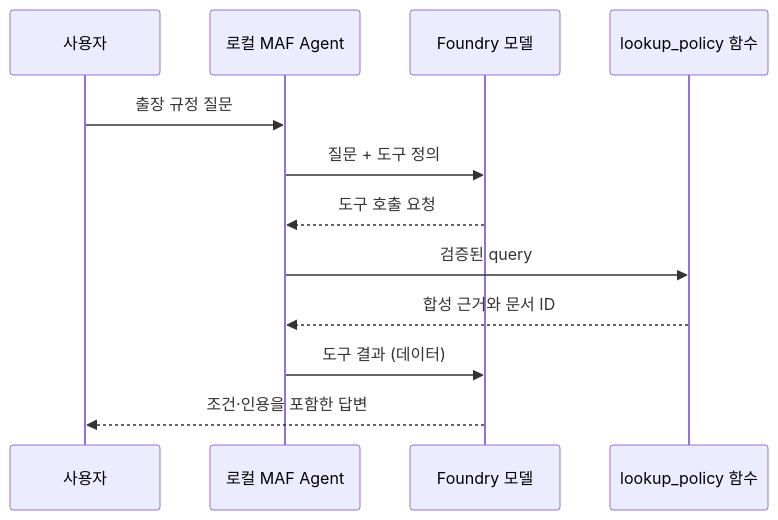
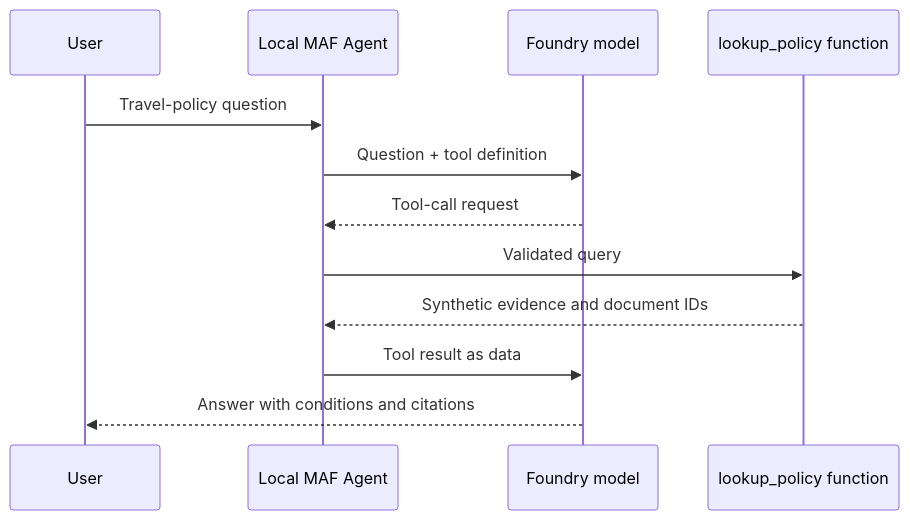
The diagram in docs/labs/04-agents-tools.md (junwoojeong100/microsoft-foundry-v2-labs), drawn with Mermaid before and after one commit. The commit also changed other lines of this file and 68 other files, not shown here.

````diff
--- a/docs/labs/04-agents-tools.md
+++ b/docs/labs/04-agents-tools.md
@@ -38,14 +43,14 @@
 ```mermaid
 sequenceDiagram
-    participant U as 사용자
-    participant A as 로컬 MAF Agent
-    participant M as Foundry 모델
-    participant T as lookup_policy 함수
-    U->>A: 출장 규정 질문
-    A->>M: 질문 + 도구 정의
-    M-->>A: 도구 호출 요청
-    A->>T: 검증된 query
-    T-->>A: 합성 근거와 문서 ID
-    A->>M: 도구 결과 (데이터)
-    M-->>U: 조건·인용을 포함한 답변
+    participant U as User
+    participant A as Local MAF Agent
+    participant M as Foundry model
+    participant T as lookup_policy function
+    U->>A: Travel-policy question
+    A->>M: Question + tool definition
+    M-->>A: Tool-call request
+    A->>T: Validated query
+    T-->>A: Synthetic evidence and document IDs
+    A->>M: Tool result as data
+    M-->>U: Answer with conditions and citations
 ```
````
